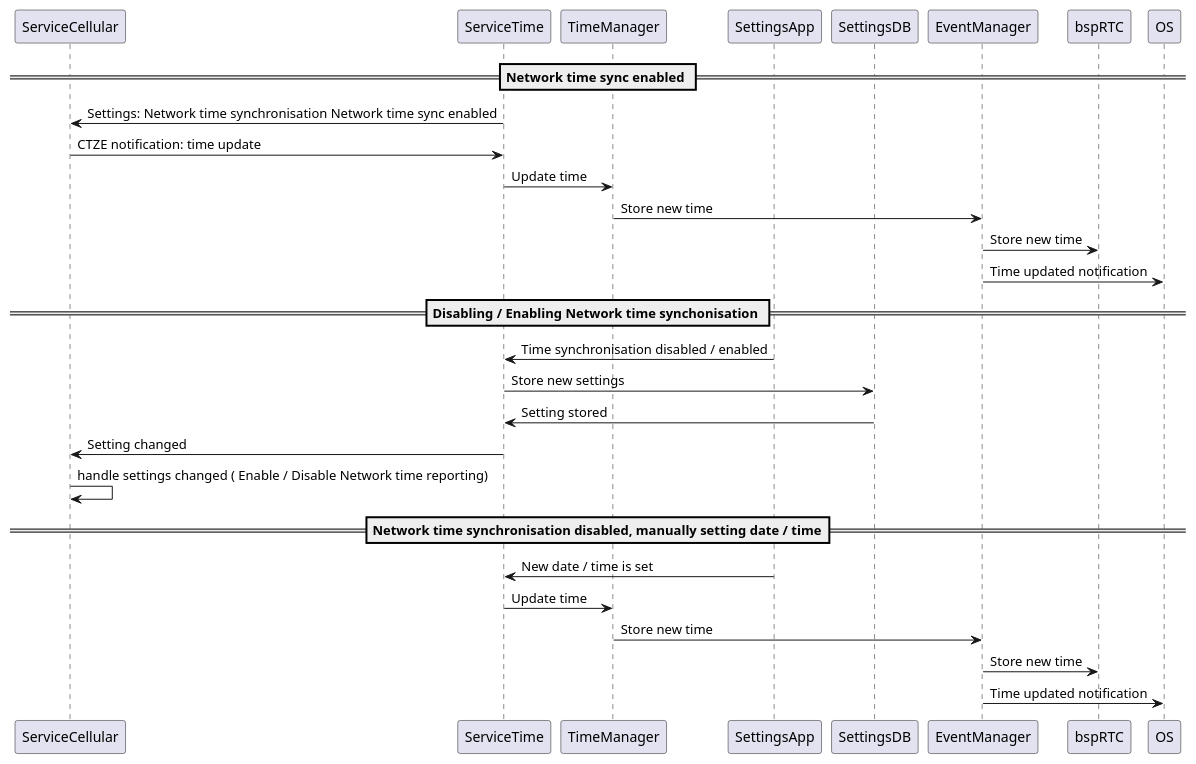
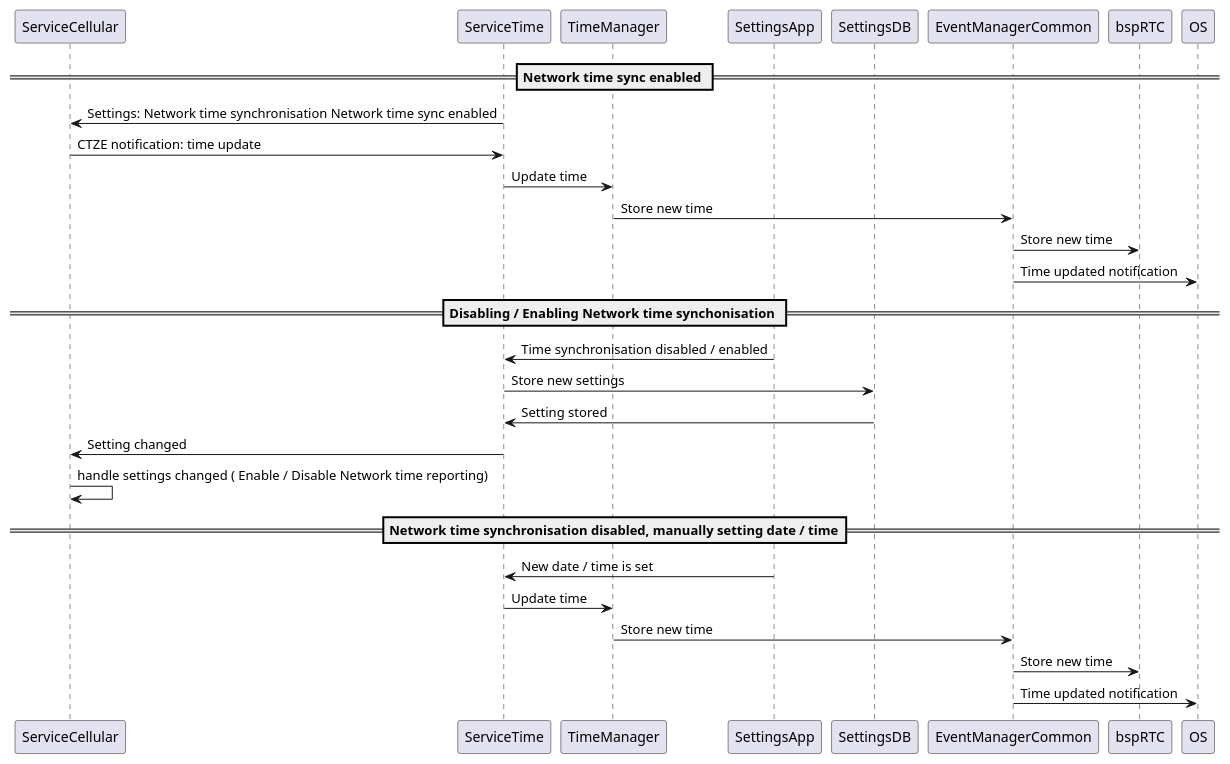
One commit to mudita/MuditaOS changed the diagram in module-services/service-time/doc/time_date_flow.puml. Above: the diagram before and after it, drawn with PlantUML. The commit also changed 26 other files, not shown here.

First line of the commit message:
[BH-739] Split EventManager

```diff
--- a/module-services/service-time/doc/time_date_flow.puml
+++ b/module-services/service-time/doc/time_date_flow.puml
@@ -1,36 +1,36 @@
 @startuml
 participant ServiceCellular as cellular
 participant ServiceTime as time
 participant TimeManager as manager
 participant SettingsApp as settings
 participant SettingsDB as db
-participant EventManager as event
+participant EventManagerCommon as event
 participant bspRTC as rtc
 participant OS as os
 
 == Network time sync enabled ==
 time -> cellular : Settings: Network time synchronisation Network time sync enabled
 cellular -> time : CTZE notification: time update
 time -> manager : Update time
 manager -> event : Store new time
 event -> rtc : Store new time
 event -> os : Time updated notification
 
 == Disabling / Enabling Network time synchonisation ==
 settings -> time : Time synchronisation disabled / enabled
 time -> db : Store new settings
 db -> time : Setting stored
 time -> cellular : Setting changed
 cellular -> cellular : handle settings changed ( Enable / Disable Network time reporting)
 
 == Network time synchronisation disabled, manually setting date / time==
 settings -> time : New date / time is set
 time -> manager : Update time
 manager -> event : Store new time
 event -> rtc : Store new time
 event -> os : Time updated notification
 
 
 
 
 @enduml
```
